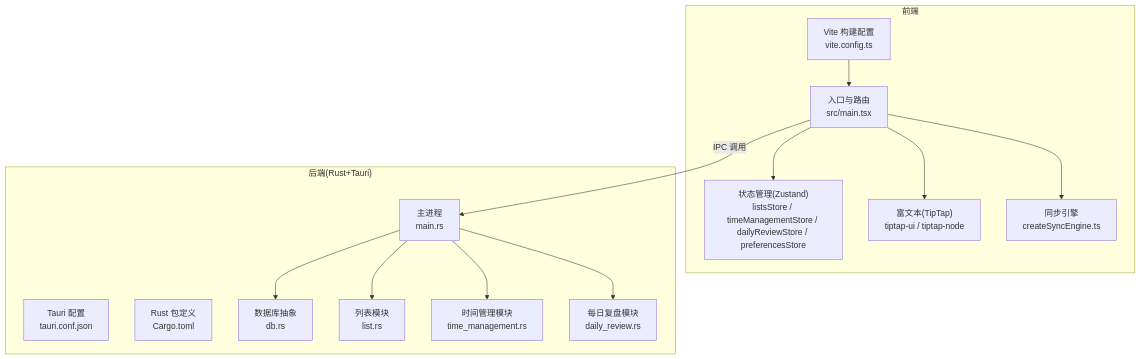
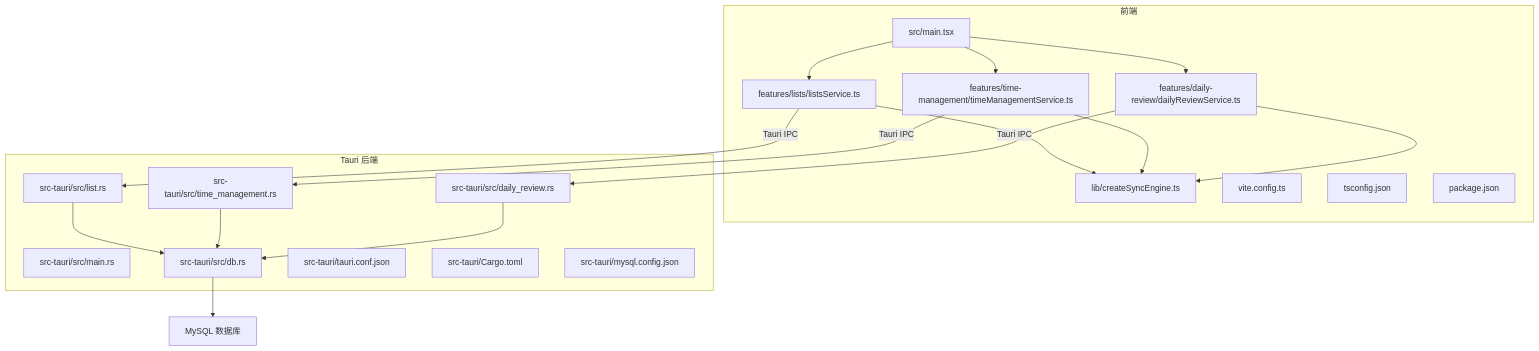
One commit to gzdxhujiale/FishWorker changed the first of 5 diagrams in .qoder/repowiki/zh/content/项目概述/技术栈概览.md. Above: the diagram before and after it, drawn with Mermaid. The commit also changed other lines of this file and 238 other files, not shown here.

````diff
--- a/.qoder/repowiki/zh/content/项目概述/技术栈概览.md
+++ b/.qoder/repowiki/zh/content/项目概述/技术栈概览.md
@@ -59,28 +44,37 @@
 ```mermaid
 graph TB
 subgraph "前端"
-A["Vite 构建配置<br/>vite.config.ts"]
-B["入口与路由<br/>src/main.tsx"]
-C["状态管理(Zustand)<br/>listsStore / timeManagementStore / dailyReviewStore / preferencesStore"]
-D["富文本(TipTap)<br/>tiptap-ui / tiptap-node"]
-E["同步引擎<br/>createSyncEngine.ts"]
+FE_Main["src/main.tsx"]
+FE_ListsSvc["features/lists/listsService.ts"]
+FE_TimeSvc["features/time-management/timeManagementService.ts"]
+FE_DailySvc["features/daily-review/dailyReviewService.ts"]
+FE_Sync["lib/createSyncEngine.ts"]
+FE_Vite["vite.config.ts"]
+FE_TS["tsconfig.json"]
+FE_Pkg["package.json"]
 end
-subgraph "后端(Rust+Tauri)"
-F["Tauri 配置<br/>tauri.conf.json"]
-G["Rust 包定义<br/>Cargo.toml"]
-H["主进程<br/>main.rs"]
-I["数据库抽象<br/>db.rs"]
-J["列表模块<br/>list.rs"]
-K["时间管理模块<br/>time_management.rs"]
-L["每日复盘模块<br/>daily_review.rs"]
+subgraph "Tauri 后端"
+TA_Main["src-tauri/src/main.rs"]
+TA_DB["src-tauri/src/db.rs"]
+TA_List["src-tauri/src/list.rs"]
+TA_Time["src-tauri/src/time_management.rs"]
+TA_Daily["src-tauri/src/daily_review.rs"]
+TA_Cfg["src-tauri/tauri.conf.json"]
+TA_Cargo["src-tauri/Cargo.toml"]
+TA_MySQLCfg["src-tauri/mysql.config.json"]
 end
-A --> B
-B --> C
-B --> D
-B --> E
-B --> |"IPC 调用"| H
-H --> I
-H --> J
-H --> K
-H --> L
+DB["MySQL 数据库"]
+FE_Main --> FE_ListsSvc
+FE_Main --> FE_TimeSvc
+FE_Main --> FE_DailySvc
+FE_ListsSvc --> FE_Sync
+FE_TimeSvc --> FE_Sync
+FE_DailySvc --> FE_Sync
+FE_ListsSvc -- "Tauri IPC" --> TA_List
+FE_TimeSvc -- "Tauri IPC" --> TA_Time
+FE_DailySvc -- "Tauri IPC" --> TA_Daily
+TA_List --> TA_DB
+TA_Time --> TA_DB
+TA_Daily --> TA_DB
+TA_DB --> DB
 ```
````
